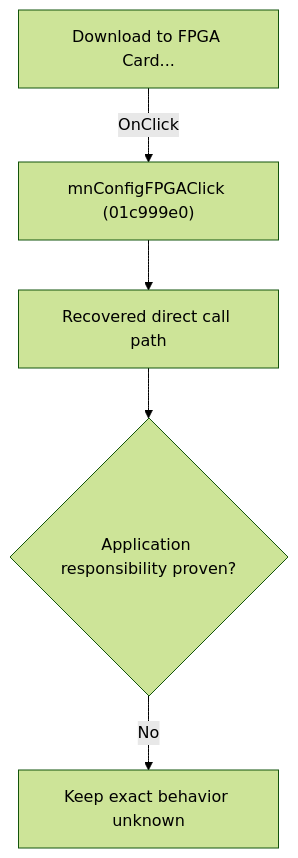
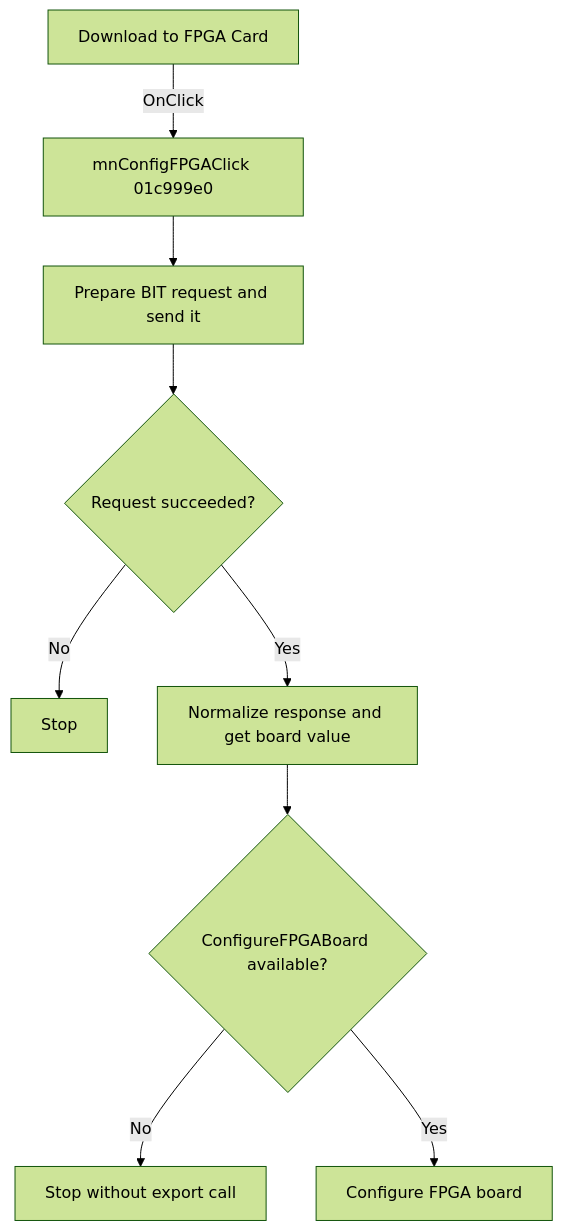
One commit to MovGP0/TIARA changed the diagram in docs/ui-controls/schematiceditor/mnconfigfpga-294bf99977.md. Above: the diagram before and after it, drawn with Mermaid (forest theme). The commit also changed other lines of this file and 241 other files, not shown here.

````diff
--- a/docs/ui-controls/schematiceditor/mnconfigfpga-294bf99977.md
+++ b/docs/ui-controls/schematiceditor/mnconfigfpga-294bf99977.md
@@ -27,7 +24,11 @@
 ```mermaid
 flowchart TD
-    control["Download to FPGA Card..."] -->|"OnClick"| handler["mnConfigFPGAClick (01c999e0)"]
-    handler --> recovered["Recovered direct call path"]
-    recovered --> gap{"Application responsibility proven?"}
-    gap -->|"No"| blocked["Keep exact behavior unknown"]
+    control["Download to FPGA Card"] -->|"OnClick"| handler["mnConfigFPGAClick 01c999e0"]
+    handler --> request["Prepare BIT request and send it"]
+    request --> success{"Request succeeded?"}
+    success -->|"No"| stopPath["Stop"]
+    success -->|"Yes"| response["Normalize response and get board value"]
+    response --> export{"ConfigureFPGABoard available?"}
+    export -->|"No"| noCall["Stop without export call"]
+    export -->|"Yes"| configure["Configure FPGA board"]
 ```
````
